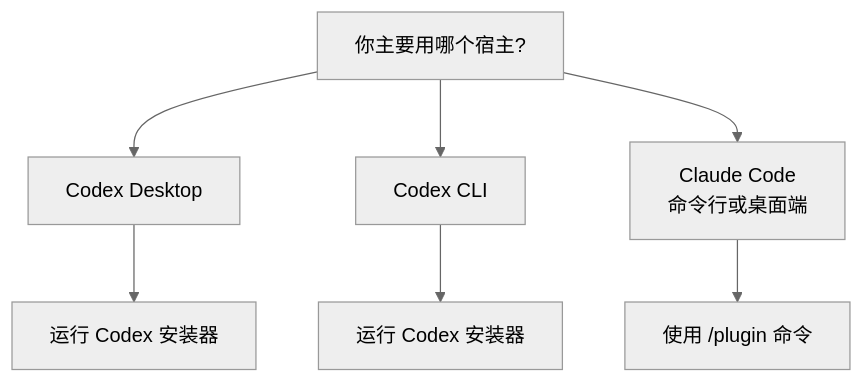
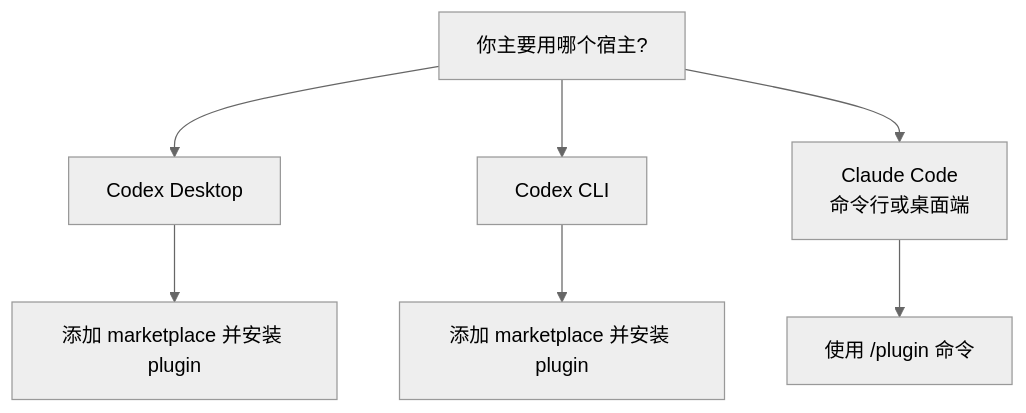
The third of 3 diagrams in README.zh-CN.md (sssstwee/tastedistill), drawn with Mermaid (neutral theme) before and after one commit. The commit also changed other lines of this file and 10 other files, not shown here.

````diff
--- a/README.zh-CN.md
+++ b/README.zh-CN.md
@@ -185,9 +185,9 @@
 ```mermaid
 flowchart TD
     A["你主要用哪个宿主?"] --> B["Codex Desktop"]
     A --> C["Codex CLI"]
     A --> D["Claude Code<br/>命令行或桌面端"]
-    B --> F["运行 Codex 安装器"]
-    C --> G["运行 Codex 安装器"]
+    B --> F["添加 marketplace 并安装 plugin"]
+    C --> G["添加 marketplace 并安装 plugin"]
     D --> H["使用 /plugin 命令"]
 ```
````
